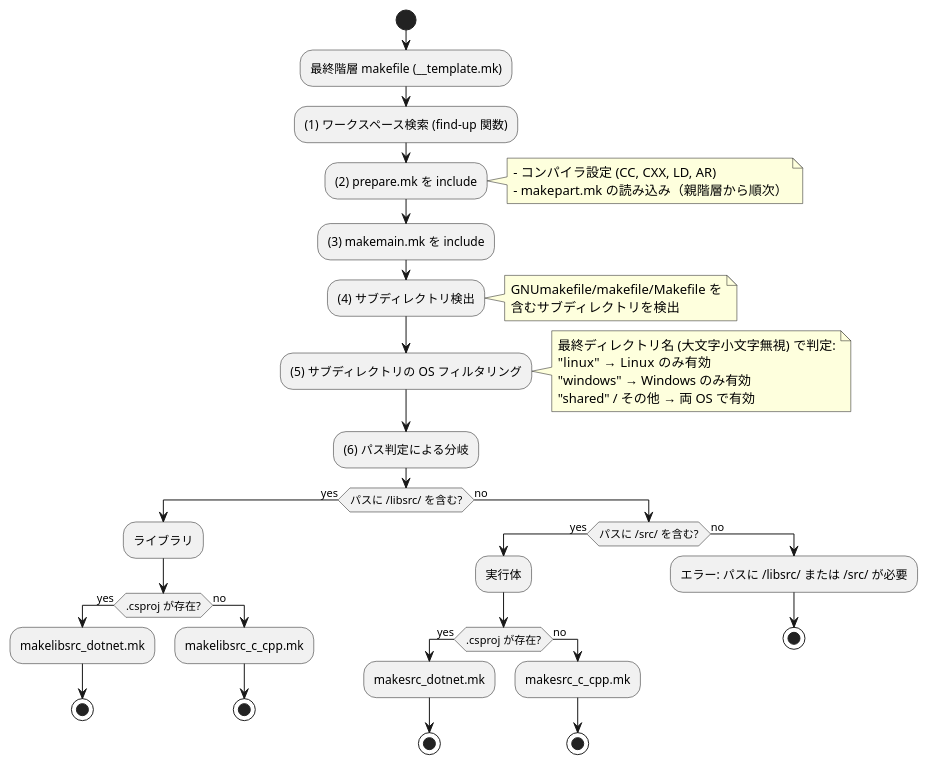
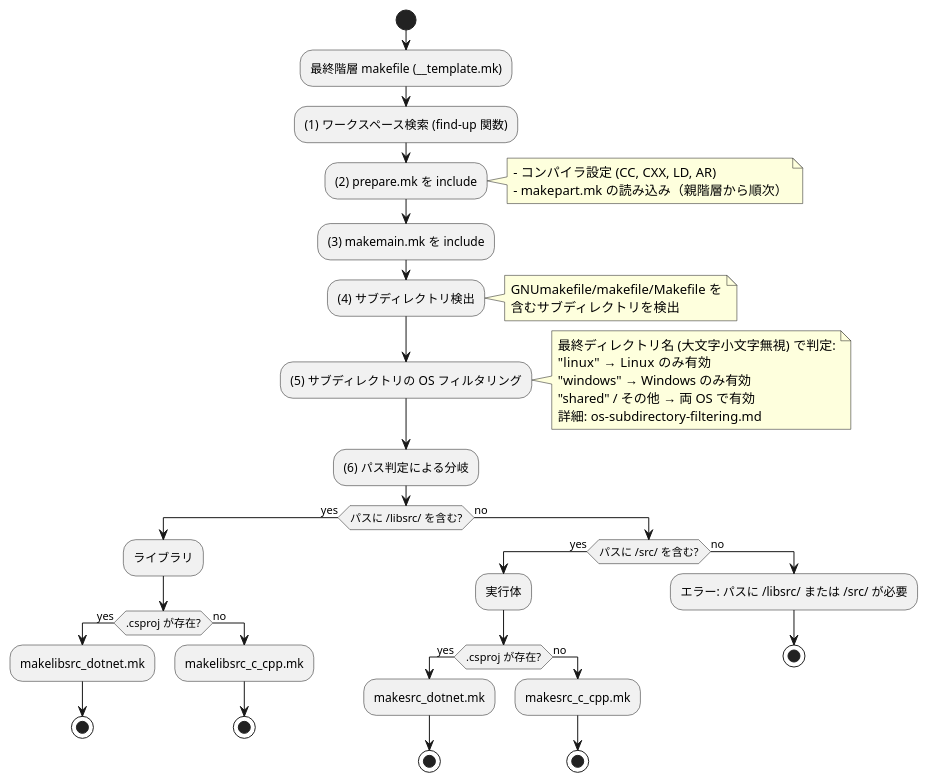
One commit to Hondarer/make-framework changed the diagram in docs-src/template-auto-selection.md. Above: the diagram before and after it, drawn with PlantUML. The commit also changed other lines of this file and 2 other files, not shown here.

````diff
--- a/docs-src/template-auto-selection.md
+++ b/docs-src/template-auto-selection.md
@@ -33,51 +33,52 @@
 ```plantuml
 @startuml
 start
 :最終階層 makefile (__template.mk);
 :(1) ワークスペース検索 (find-up 関数);
 :(2) prepare.mk を include;
 note right
   - コンパイラ設定 (CC, CXX, LD, AR)
   - makepart.mk の読み込み（親階層から順次）
 end note
 :(3) makemain.mk を include;
 :(4) サブディレクトリ検出;
 note right
   GNUmakefile/makefile/Makefile を
   含むサブディレクトリを検出
 end note
 :(5) サブディレクトリの OS フィルタリング;
 note right
   最終ディレクトリ名 (大文字小文字無視) で判定:
   "linux"   → Linux のみ有効
   "windows" → Windows のみ有効
   "shared" / その他 → 両 OS で有効
+  詳細: os-subdirectory-filtering.md
 end note
 :(6) パス判定による分岐;
 
 if (パスに /libsrc/ を含む?) then (yes)
   :ライブラリ;
   if (.csproj が存在?) then (yes)
     :makelibsrc_dotnet.mk;
     stop
   else (no)
     :makelibsrc_c_cpp.mk;
     stop
   endif
 else (no)
   if (パスに /src/ を含む?) then (yes)
     :実行体;
     if (.csproj が存在?) then (yes)
       :makesrc_dotnet.mk;
       stop
     else (no)
       :makesrc_c_cpp.mk;
       stop
     endif
   else (no)
     :エラー: パスに /libsrc/ または /src/ が必要;
     stop
   endif
 endif
 @enduml
 ```
````
